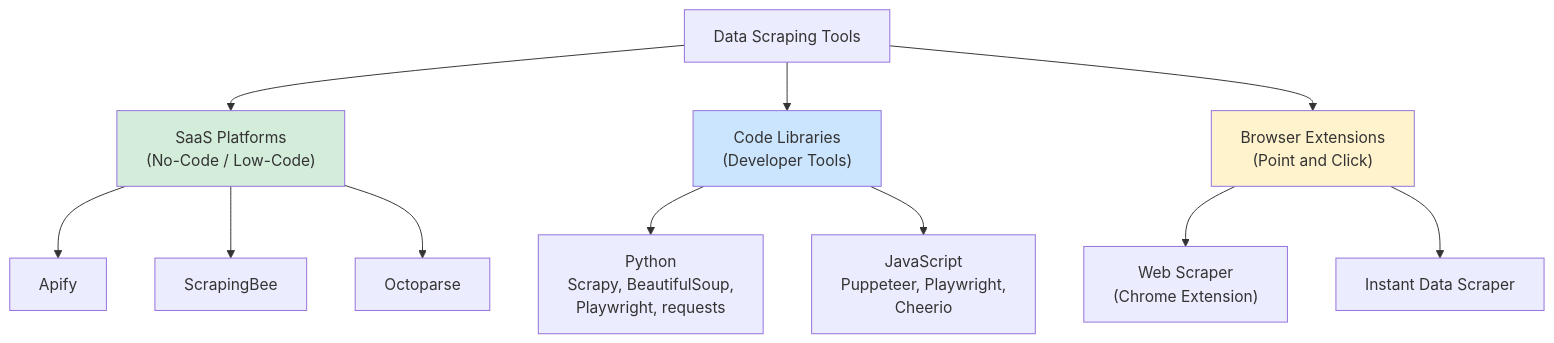
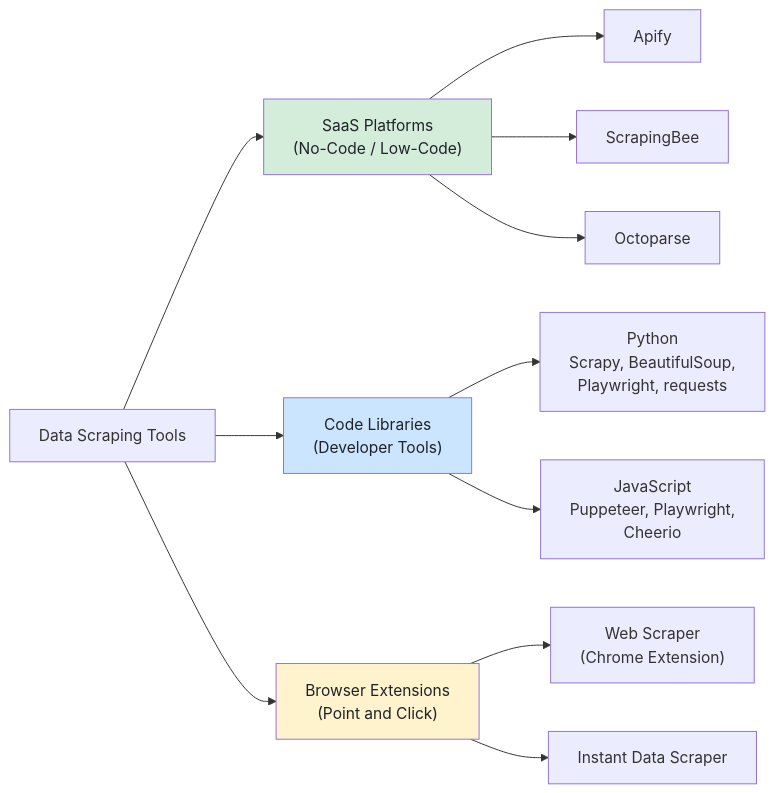
One commit to bytetunnels/bytetunnels.github.com changed the first of 4 diagrams in _posts/2026-02-07-data-scraping-tools-comparison-saas-code-browser-extensions.md. Above: the diagram before and after it, drawn with Mermaid. The commit also changed other lines of this file and 118 other files, not shown here.

Commit message:
feat: improve diagram styling and compact wide flowcharts

````diff
--- a/_posts/2026-02-07-data-scraping-tools-comparison-saas-code-browser-extensions.md
+++ b/_posts/2026-02-07-data-scraping-tools-comparison-saas-code-browser-extensions.md
@@ -19,20 +19,20 @@
 ```mermaid
-flowchart TD
-    A["Data Scraping Tools"] --> B["SaaS Platforms<br>(No-Code / Low-Code)"]
-    A --> C["Code Libraries<br>(Developer Tools)"]
-    A --> D["Browser Extensions<br>(Point and Click)"]
+flowchart LR
+    A["Data Scraping Tools"] --> B["SaaS Platforms<br/>(No-Code / Low-Code)"]
+    A --> C["Code Libraries<br/>(Developer Tools)"]
+    A --> D["Browser Extensions<br/>(Point and Click)"]
 
     B --> B1["Apify"]
     B --> B2["ScrapingBee"]
     B --> B3["Octoparse"]
 
-    C --> C1["Python<br>Scrapy, BeautifulSoup,<br>Playwright, requests"]
-    C --> C2["JavaScript<br>Puppeteer, Playwright,<br>Cheerio"]
+    C --> C1["Python<br/>Scrapy, BeautifulSoup,<br/>Playwright, requests"]
+    C --> C2["JavaScript<br/>Puppeteer, Playwright,<br/>Cheerio"]
 
-    D --> D1["Web Scraper<br>(Chrome Extension)"]
+    D --> D1["Web Scraper<br/>(Chrome Extension)"]
     D --> D2["Instant Data Scraper"]
 
-    style B fill:#d4edda
-    style C fill:#cce5ff
-    style D fill:#fff3cd
+    style B fill:#d4edda,color:#1f2328
+    style C fill:#cce5ff,color:#1f2328
+    style D fill:#fff3cd,color:#1f2328
 ```
````
